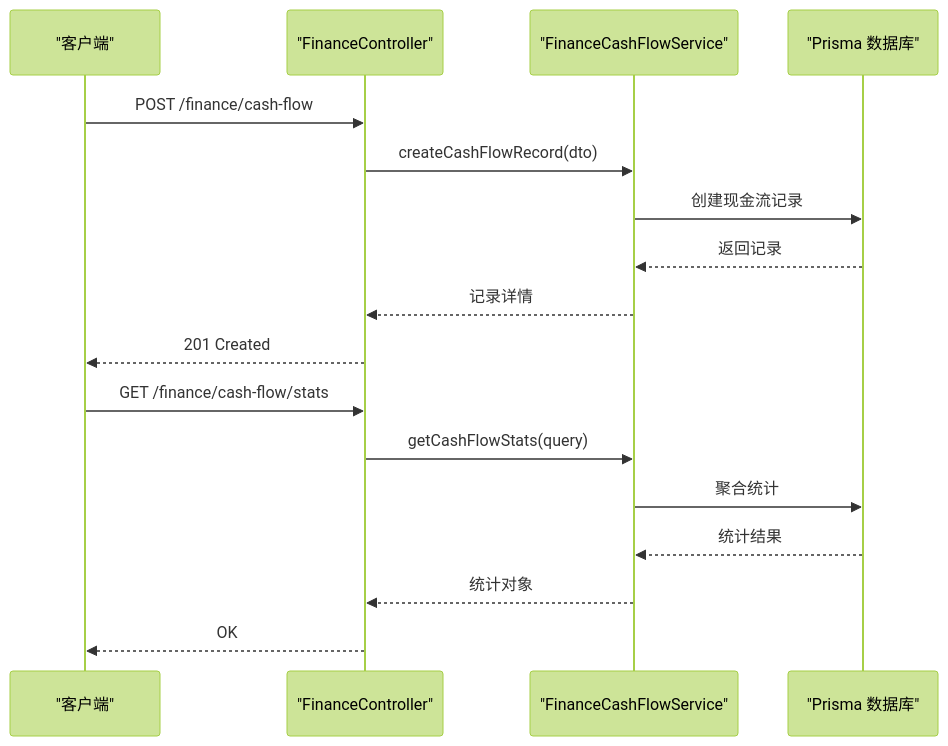
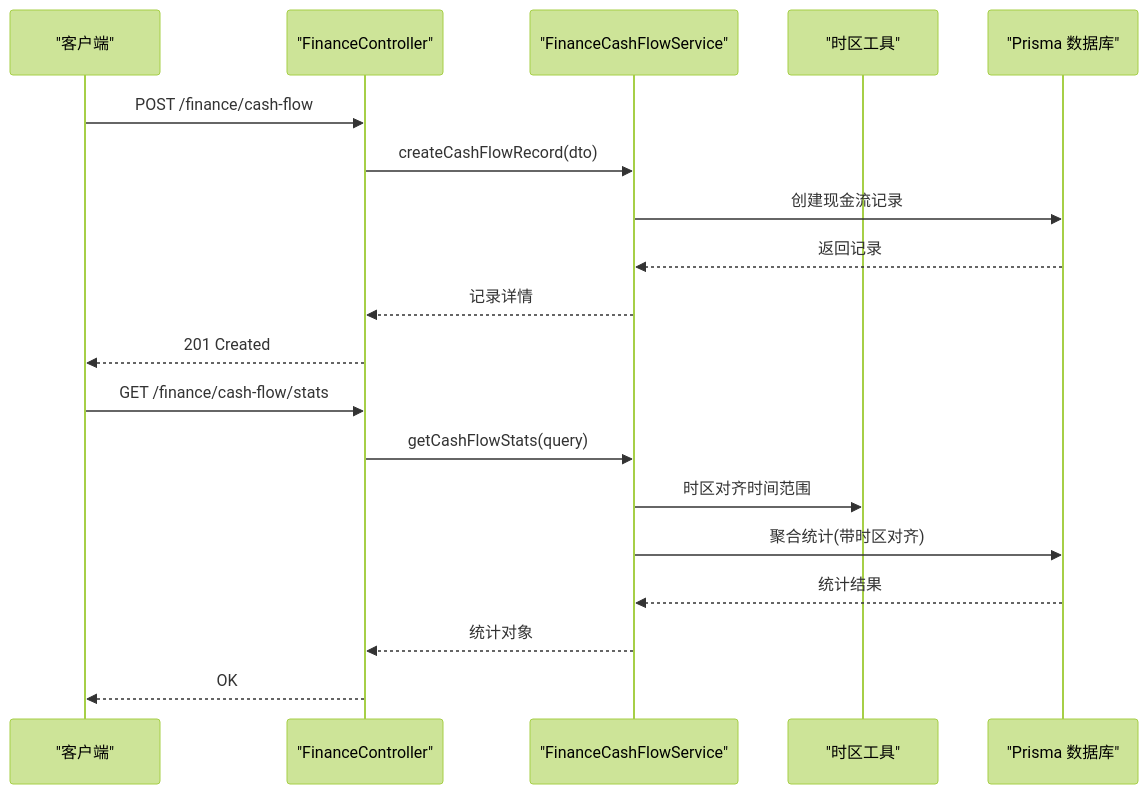
One commit to rc558620/purelyprofit-server changed the fifth of 8 diagrams in .qoder/repowiki/zh/content/业务模块/财务管理模块/财务报表.md. Above: the diagram before and after it, drawn with Mermaid (forest theme). The commit also changed other lines of this file and 25 other files, not shown here.

````diff
--- a/.qoder/repowiki/zh/content/业务模块/财务管理模块/财务报表.md
+++ b/.qoder/repowiki/zh/content/业务模块/财务管理模块/财务报表.md
@@ -249,19 +287,21 @@
 ```mermaid
 sequenceDiagram
 participant Client as "客户端"
 participant Ctrl as "FinanceController"
 participant Svc as "FinanceCashFlowService"
+participant Util as "时区工具"
 participant DB as "Prisma 数据库"
 Client->>Ctrl : POST /finance/cash-flow
 Ctrl->>Svc : createCashFlowRecord(dto)
 Svc->>DB : 创建现金流记录
 DB-->>Svc : 返回记录
 Svc-->>Ctrl : 记录详情
 Ctrl-->>Client : 201 Created
 Client->>Ctrl : GET /finance/cash-flow/stats
 Ctrl->>Svc : getCashFlowStats(query)
-Svc->>DB : 聚合统计
+Svc->>Util : 时区对齐时间范围
+Svc->>DB : 聚合统计(带时区对齐)
 DB-->>Svc : 统计结果
 Svc-->>Ctrl : 统计对象
 Ctrl-->>Client : OK
 ```
````
